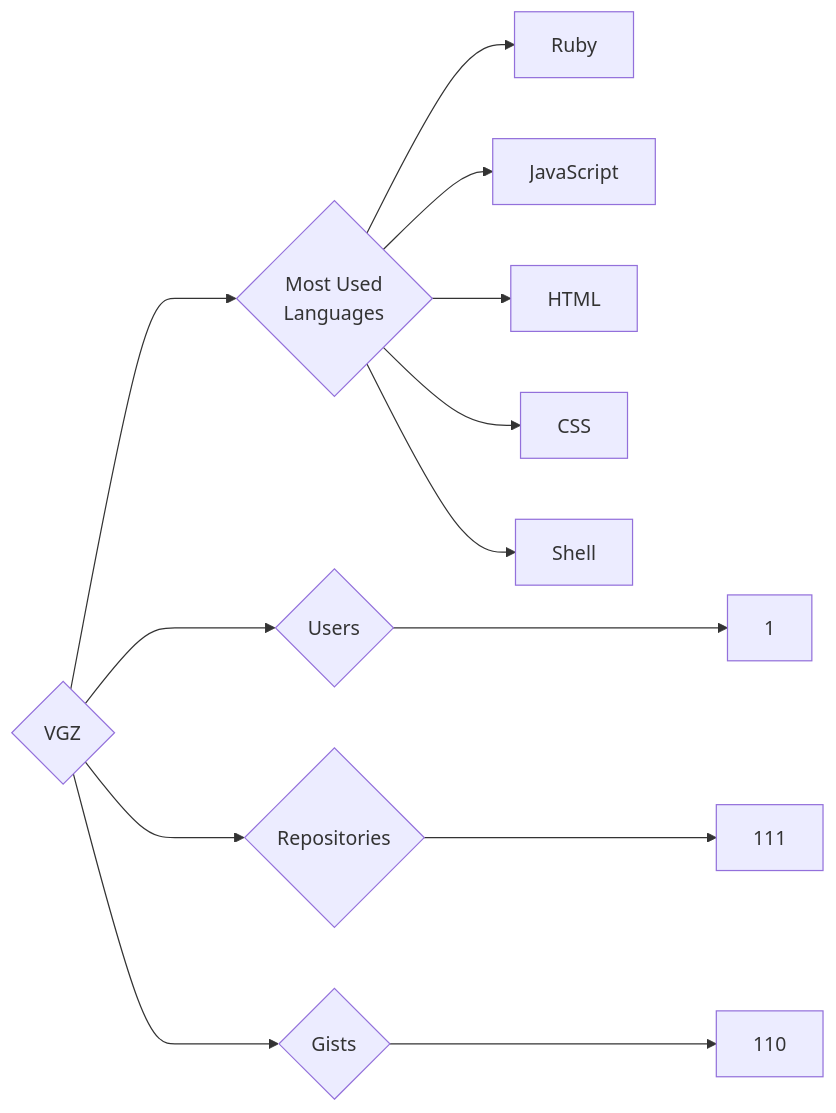
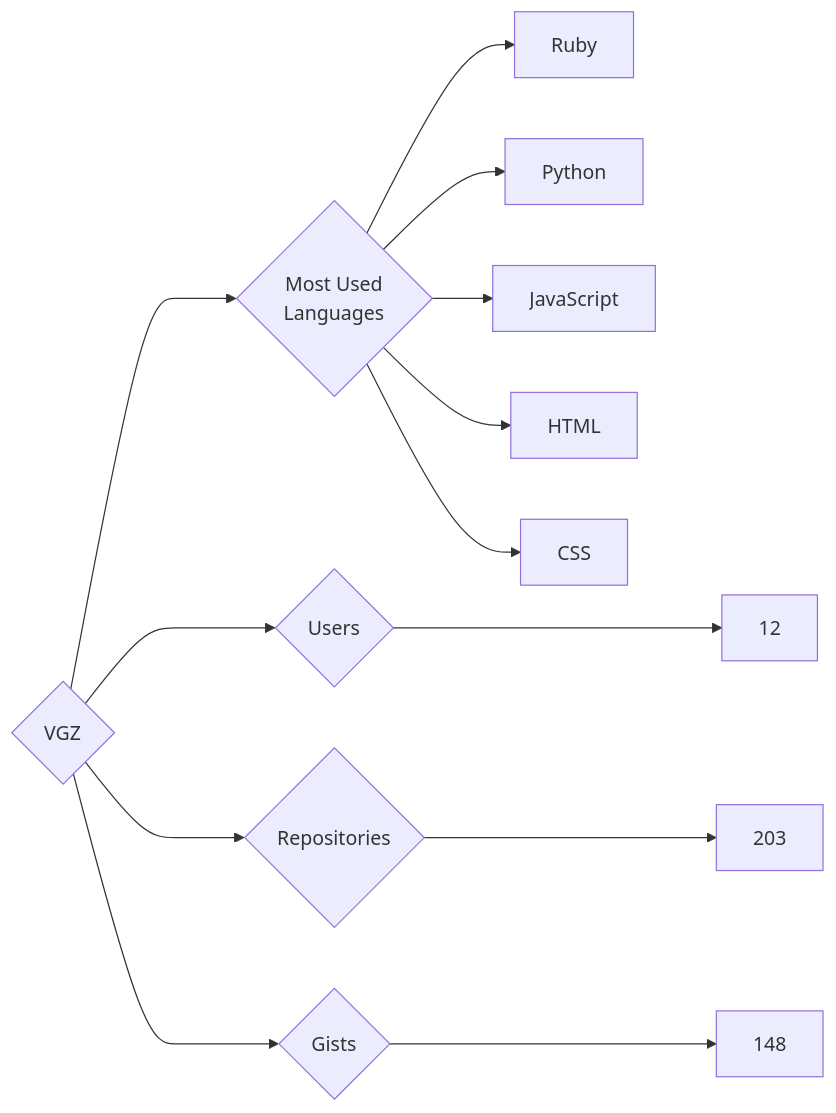
Before and after one commit to trickest/insiders: the diagram in targets/VGZ/README.md, drawn with Mermaid. The commit also changed 939 other files, not shown here.

````diff
--- a/targets/VGZ/README.md
+++ b/targets/VGZ/README.md
@@ -3,13 +3,13 @@
 ```mermaid
 graph LR
 COMPANY_NAME{VGZ}
-COMPANY_NAME ---> U{Users} ---> UN[1]
-COMPANY_NAME ---> R{Repositories} ---> RN[111]
-COMPANY_NAME ---> G{Gists} ---> GN[110]
+COMPANY_NAME ---> U{Users} ---> UN[12]
+COMPANY_NAME ---> R{Repositories} ---> RN[203]
+COMPANY_NAME ---> G{Gists} ---> GN[148]
 COMPANY_NAME ---> ML{Most Used<br>Languages}
 ML --> Ruby[Ruby]
+ML --> Python[Python]
 ML --> JavaScript[JavaScript]
 ML --> HTML[HTML]
 ML --> CSS[CSS]
-ML --> Shell[Shell]
 ```
````
